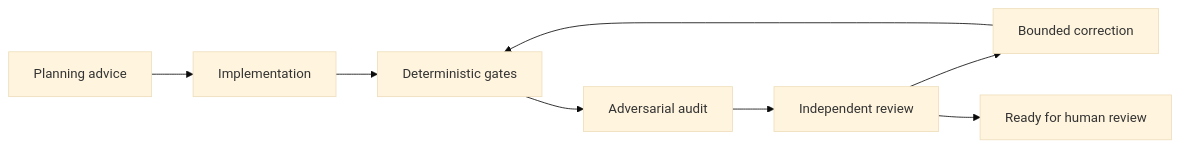
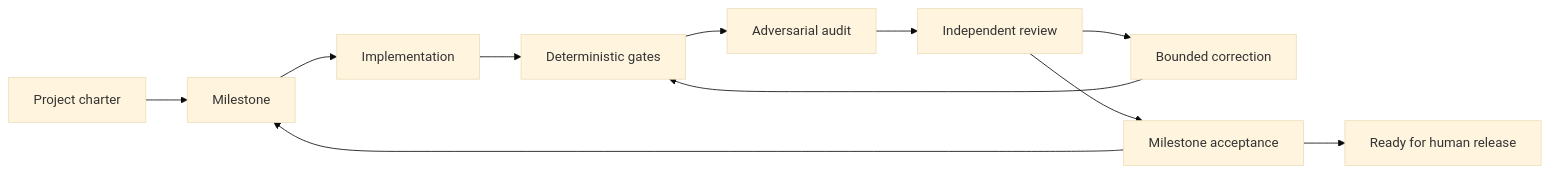
One commit to rsolerortuno/rsolerortuno.github.io changed the diagram in projects/dev-autopilot.qmd. Above: the diagram before and after it, drawn with Mermaid (base theme). The commit also changed other lines of this file and 6 other files, not shown here.

````diff
--- a/projects/dev-autopilot.qmd
+++ b/projects/dev-autopilot.qmd
@@ -23,10 +23,13 @@
 ```{mermaid}
 flowchart LR
-    A[Planning advice] --> B[Implementation]
-    B --> C[Deterministic gates]
-    C --> D[Adversarial audit]
-    D --> E[Independent review]
-    E --> F[Bounded correction]
-    F --> C
-    E --> G[Ready for human review]
+    A[Project charter] --> B[Milestone]
+    B --> C[Implementation]
+    C --> D[Deterministic gates]
+    D --> E[Adversarial audit]
+    E --> F[Independent review]
+    F --> G[Bounded correction]
+    G --> D
+    F --> H[Milestone acceptance]
+    H --> B
+    H --> I[Ready for human release]
 ```
````
